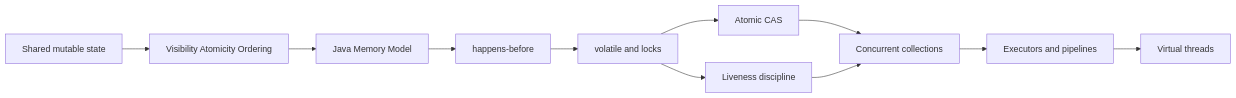
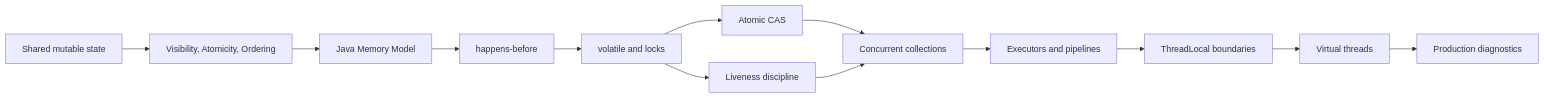
The first of 3 diagrams in 10_CONCEPTS/Java/Concurrency/Concurrency Learning Path.md (alimbetov/obsidian), drawn with Mermaid before and after one commit. The commit also changed other lines of this file, not shown here.

Commit message:
docs: normalize Java Concurrency route cross-links

````diff
--- a/10_CONCEPTS/Java/Concurrency/Concurrency Learning Path.md
+++ b/10_CONCEPTS/Java/Concurrency/Concurrency Learning Path.md
@@ -28,13 +40,15 @@
 ```mermaid
 flowchart LR
-    A[Shared mutable state] --> B[Visibility Atomicity Ordering]
-    B --> C[Java Memory Model]
-    C --> D[happens-before]
-    D --> E[volatile and locks]
-    E --> F[Atomic CAS]
-    E --> G[Liveness discipline]
-    F --> H[Concurrent collections]
+    A["Shared mutable state"] --> B["Visibility, Atomicity, Ordering"]
+    B --> C["Java Memory Model"]
+    C --> D["happens-before"]
+    D --> E["volatile and locks"]
+    E --> F["Atomic CAS"]
+    E --> G["Liveness discipline"]
+    F --> H["Concurrent collections"]
     G --> H
-    H --> I[Executors and pipelines]
-    I --> J[Virtual threads]
+    H --> I["Executors and pipelines"]
+    I --> J["ThreadLocal boundaries"]
+    J --> K["Virtual threads"]
+    K --> L["Production diagnostics"]
 ```
````
